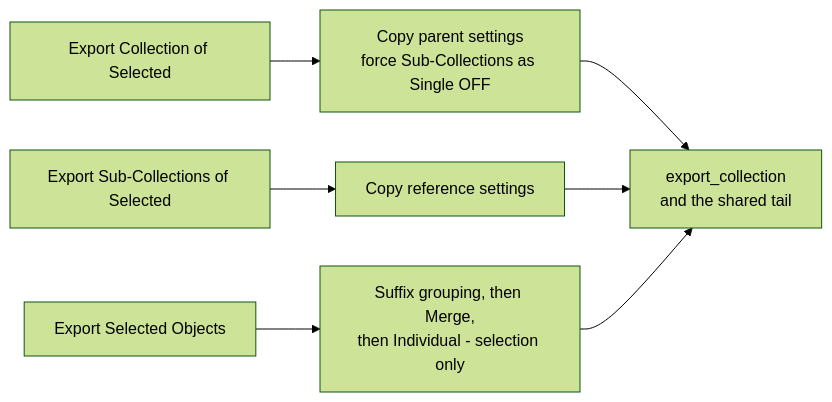
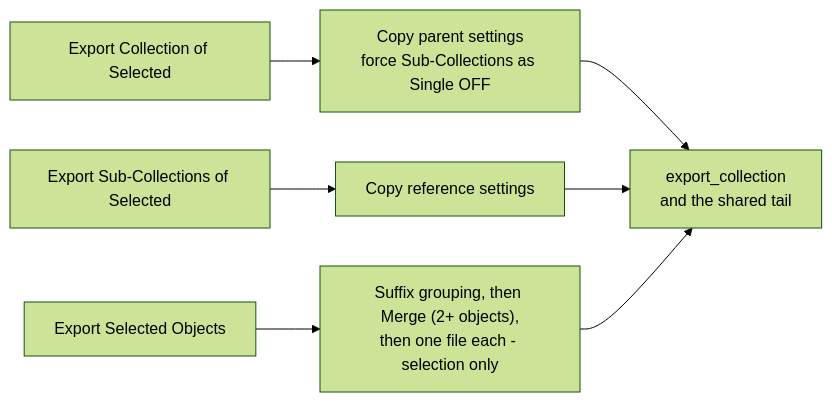
Before and after one commit to Stephk0/Toolings: the fifth of 5 diagrams in Blender/Addons/MassExporter/EXPORT_FLOW.md, drawn with Mermaid (forest theme). The commit also changed other lines of this file and 148 other files, not shown here.

````diff
--- a/Blender/Addons/MassExporter/EXPORT_FLOW.md
+++ b/Blender/Addons/MassExporter/EXPORT_FLOW.md
@@ -245,9 +253,9 @@
 ```mermaid
 flowchart LR
     Q1["Export Collection of Selected"] --> C1["Copy parent settings<br/>force Sub-Collections as Single OFF"]
     Q2["Export Sub-Collections of Selected"] --> C2["Copy reference settings"]
-    Q3["Export Selected Objects"] --> C3["Suffix grouping, then Merge,<br/>then Individual - selection only"]
+    Q3["Export Selected Objects"] --> C3["Suffix grouping, then Merge (2+ objects),<br/>then one file each - selection only"]
     C1 --> D["export_collection<br/>and the shared tail"]
     C2 --> D
     C3 --> D
 ```
````
